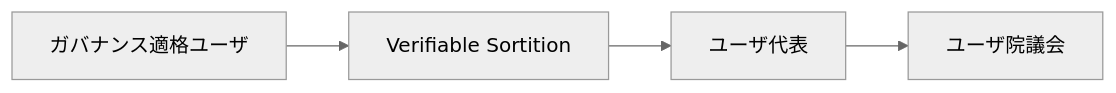
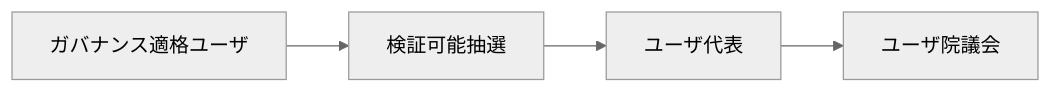
The fourth of 23 diagrams in docs/whitepaper/07-governance.md (ShigeichiroYamasaki/creator-first-platform), drawn with Mermaid (neutral theme) before and after one commit. The commit also changed other lines of this file and 72 other files, not shown here.

````diff
--- a/docs/whitepaper/07-governance.md
+++ b/docs/whitepaper/07-governance.md
@@ -196,9 +196,9 @@
 ```mermaid
 flowchart LR
     USERS[ガバナンス適格ユーザ]
-    RANDOM[Verifiable Sortition]
+    RANDOM[検証可能抽選]
     REPS[ユーザ代表]
     UH[ユーザ院議会]
 
     USERS --> RANDOM --> REPS --> UH
 ```
````
